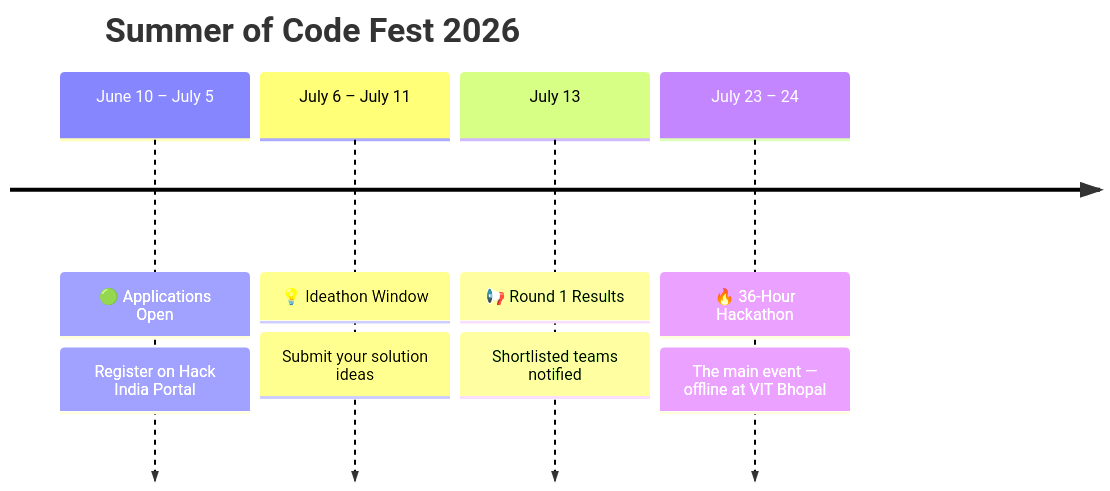
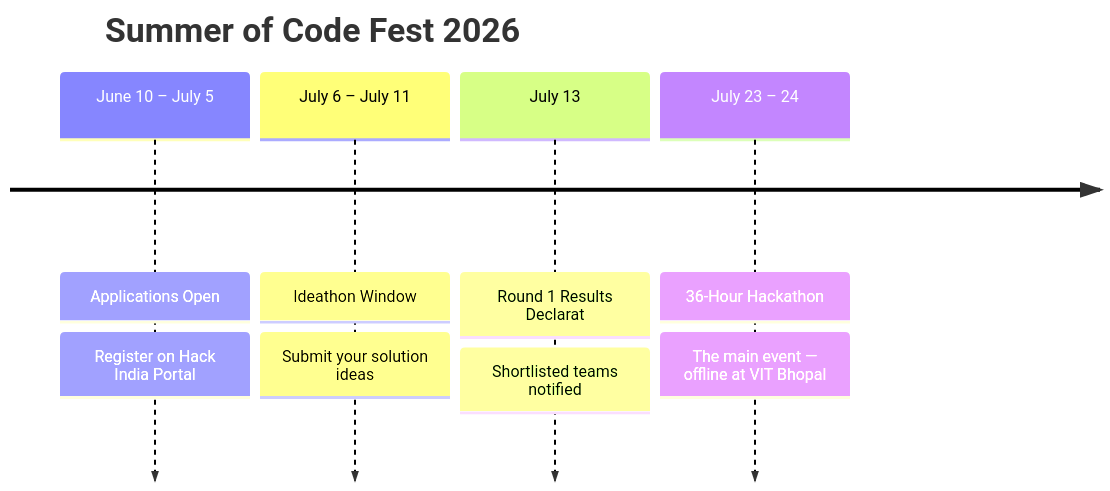
Before and after one commit to VanshSa017/demo_repo: the diagram in README.md, drawn with Mermaid. The commit also changed other lines of this file, not shown here.

````diff
--- a/README.md
+++ b/README.md
@@ -73,12 +73,12 @@
 ```mermaid
 timeline
     title Summer of Code Fest 2026
-    June 10 – July 5  : 🟢 Applications Open
+    June 10 – July 5  :  Applications Open
                        : Register on Hack India Portal
-    July 6 – July 11  : 💡 Ideathon Window
+    July 6 – July 11  :  Ideathon Window
                        : Submit your solution ideas
-    July 13            : 📢 Round 1 Results
+    July 13            :  Round 1 Results Declarat
                        : Shortlisted teams notified
-    July 23 – 24       : 🔥 36-Hour Hackathon
+    July 23 – 24       :  36-Hour Hackathon
                        : The main event — offline at VIT Bhopal
 ```
````
